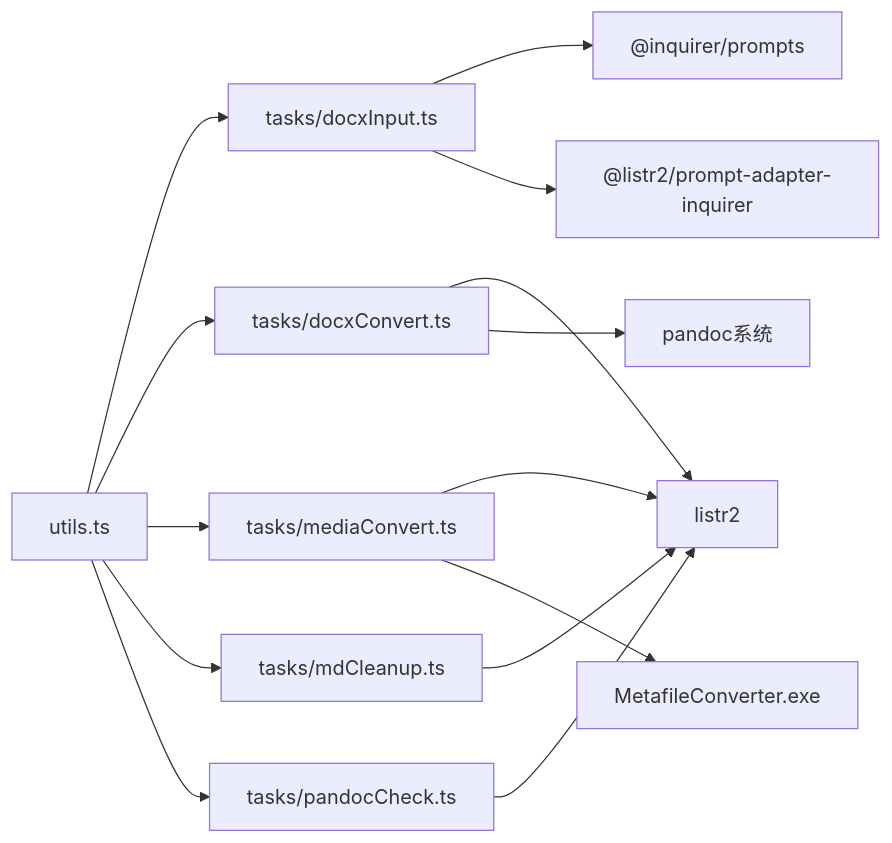
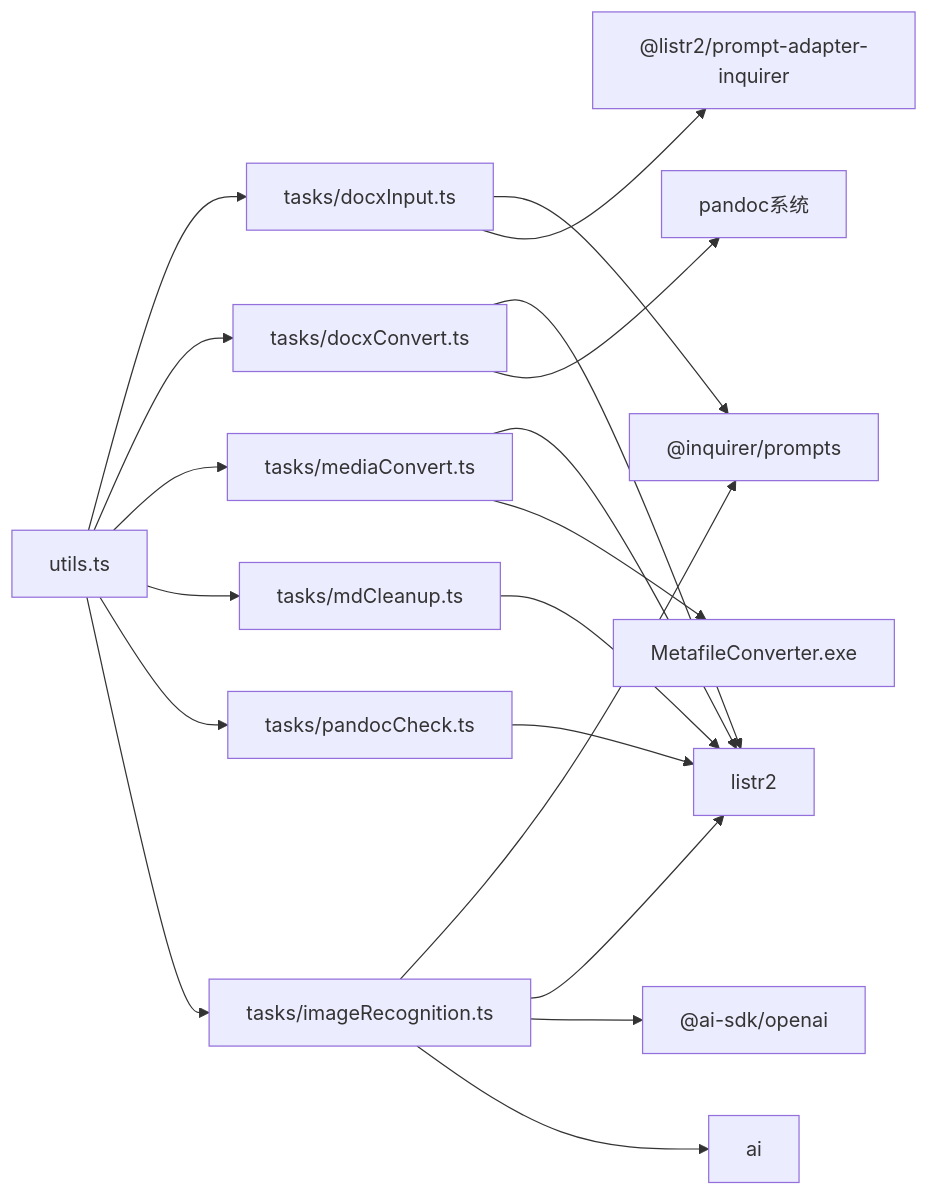
One commit to hllshiro/doc2md-cli changed the sixth of 6 diagrams in .qoder/repowiki/zh/content/工具函数模块.md. Above: the diagram before and after it, drawn with Mermaid. The commit also changed other lines of this file and 3 other files, not shown here.

````diff
--- a/.qoder/repowiki/zh/content/工具函数模块.md
+++ b/.qoder/repowiki/zh/content/工具函数模块.md
@@ -250,16 +308,21 @@
 ```mermaid
 graph LR
 Utils["utils.ts"] --> DocxInput["tasks/docxInput.ts"]
 Utils --> DocxConvert["tasks/docxConvert.ts"]
 Utils --> MediaConvert["tasks/mediaConvert.ts"]
 Utils --> MdCleanup["tasks/mdCleanup.ts"]
 Utils --> PandocCheck["tasks/pandocCheck.ts"]
+Utils --> ImageRec["tasks/imageRecognition.ts"]
 DocxInput --> Inquirer["@inquirer/prompts"]
 DocxInput --> ListrAdapter["@listr2/prompt-adapter-inquirer"]
 DocxConvert --> Listr["listr2"]
 MediaConvert --> Listr
 MdCleanup --> Listr
 PandocCheck --> Listr
+ImageRec --> Inquirer
+ImageRec --> Listr
+ImageRec --> AISDK["@ai-sdk/openai"]
+ImageRec --> AI["ai"]
 DocxConvert --> Pandoc["pandoc系统"]
 MediaConvert --> MetaExe["MetafileConverter.exe"]
 ```
````
